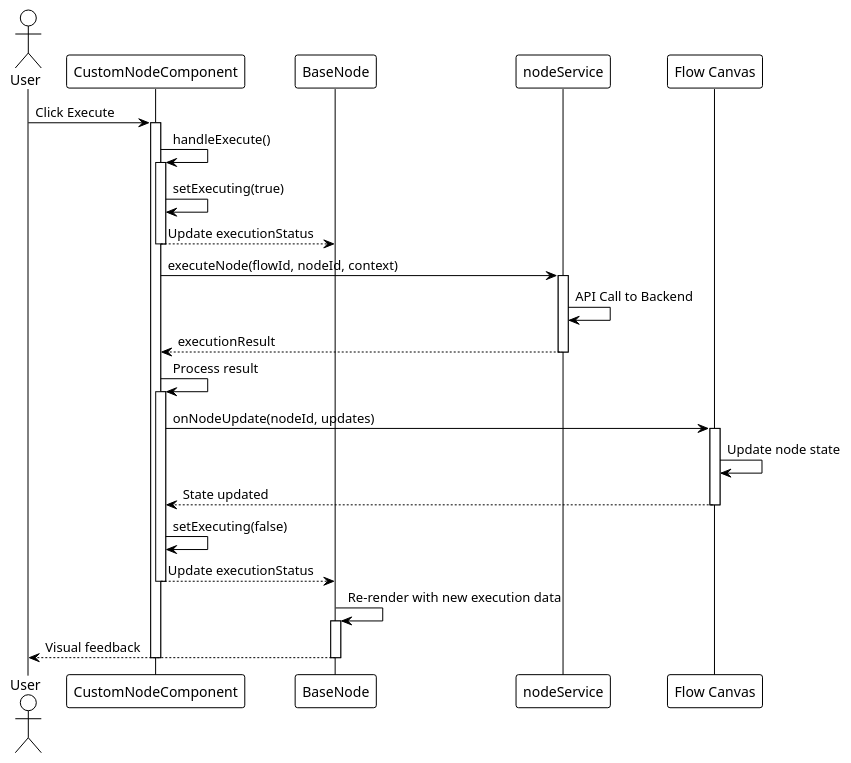
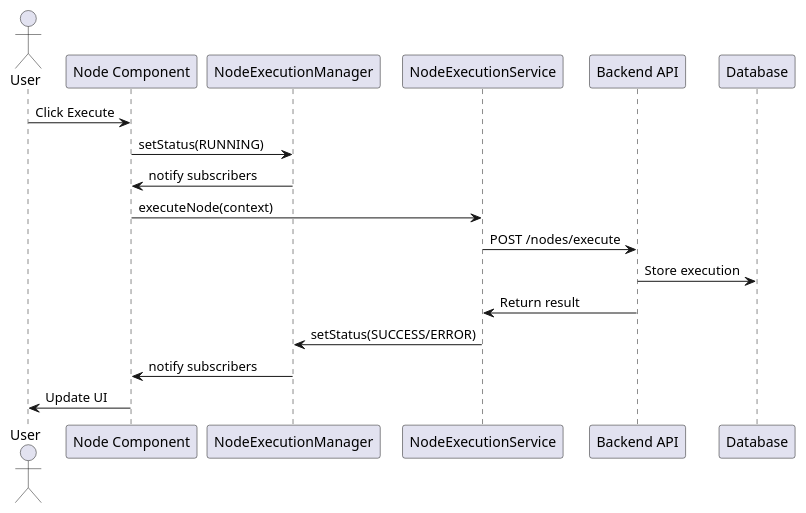
One commit to amirman-m/flowbuilderInstagram changed the second of 2 diagrams in Doc/NodeComponent-Architecture.md. Above: the diagram before and after it, drawn with PlantUML. The commit also changed other lines of this file and 36 other files, not shown here.

````diff
--- a/Doc/NodeComponent-Architecture.md
+++ b/Doc/NodeComponent-Architecture.md
@@ -400,45 +375,21 @@
 ```plantuml
-@startuml NodeComponent_ExecutionSequence
-!theme plain
+@startuml NodeExecutionFlow
+actor User
+participant "Node Component" as Node
+participant "NodeExecutionManager" as Manager
+participant "NodeExecutionService" as Service
+participant "Backend API" as API
+participant "Database" as DB
 
-actor User
-participant Custom as "CustomNodeComponent"
-participant Base as "BaseNode"
-participant NodeService as "nodeService"
-participant Flow as "Flow Canvas"
-
-User -> Custom: Click Execute
-activate Custom
-
-Custom -> Custom: handleExecute()
-activate Custom
-Custom -> Custom: setExecuting(true)
-Custom --> Base: Update executionStatus
-deactivate Custom
-
-Custom -> NodeService: executeNode(flowId, nodeId, context)
-activate NodeService
-NodeService -> NodeService: API Call to Backend
-NodeService --> Custom: executionResult
-deactivate NodeService
-
-Custom -> Custom: Process result
-activate Custom
-Custom -> Flow: onNodeUpdate(nodeId, updates)
-activate Flow
-Flow -> Flow: Update node state
-Flow --> Custom: State updated
-deactivate Flow
-Custom -> Custom: setExecuting(false)
-Custom --> Base: Update executionStatus
-deactivate Custom
-
-Base -> Base: Re-render with new execution data
-activate Base
-Base --> User: Visual feedback
-deactivate Base
-
-deactivate Custom
-
+User -> Node: Click Execute
+Node -> Manager: setStatus(RUNNING)
+Manager -> Node: notify subscribers
+Node -> Service: executeNode(context)
+Service -> API: POST /nodes/execute
+API -> DB: Store execution
+API -> Service: Return result
+Service -> Manager: setStatus(SUCCESS/ERROR)
+Manager -> Node: notify subscribers
+Node -> User: Update UI
 @enduml
 ```
````
